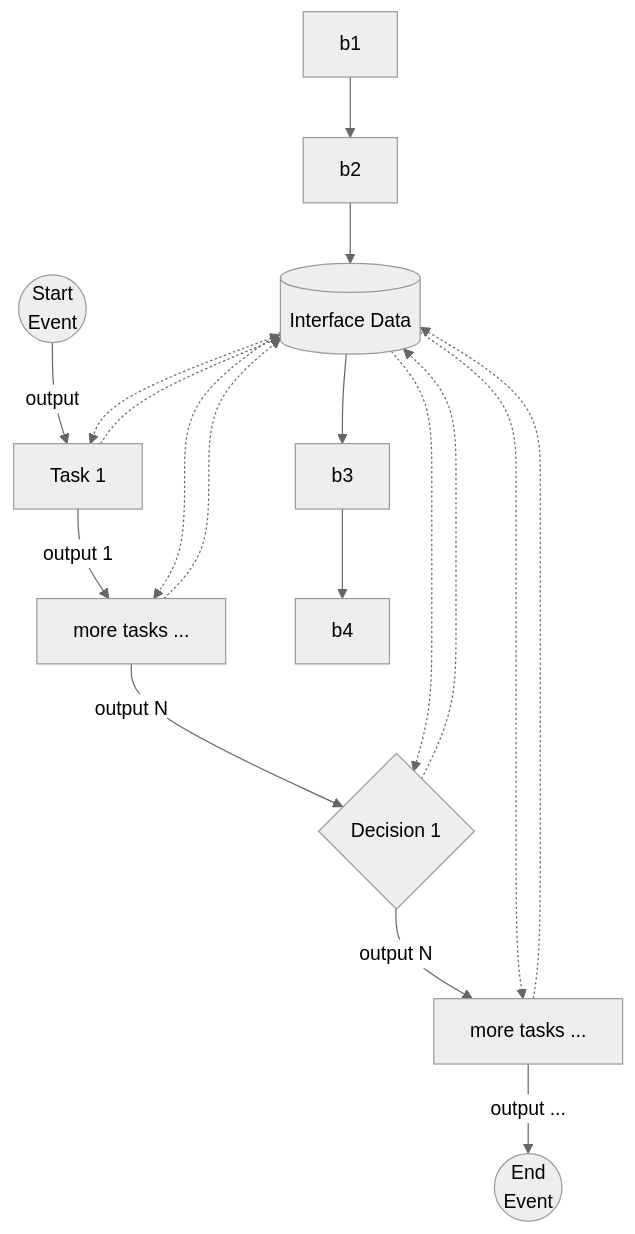
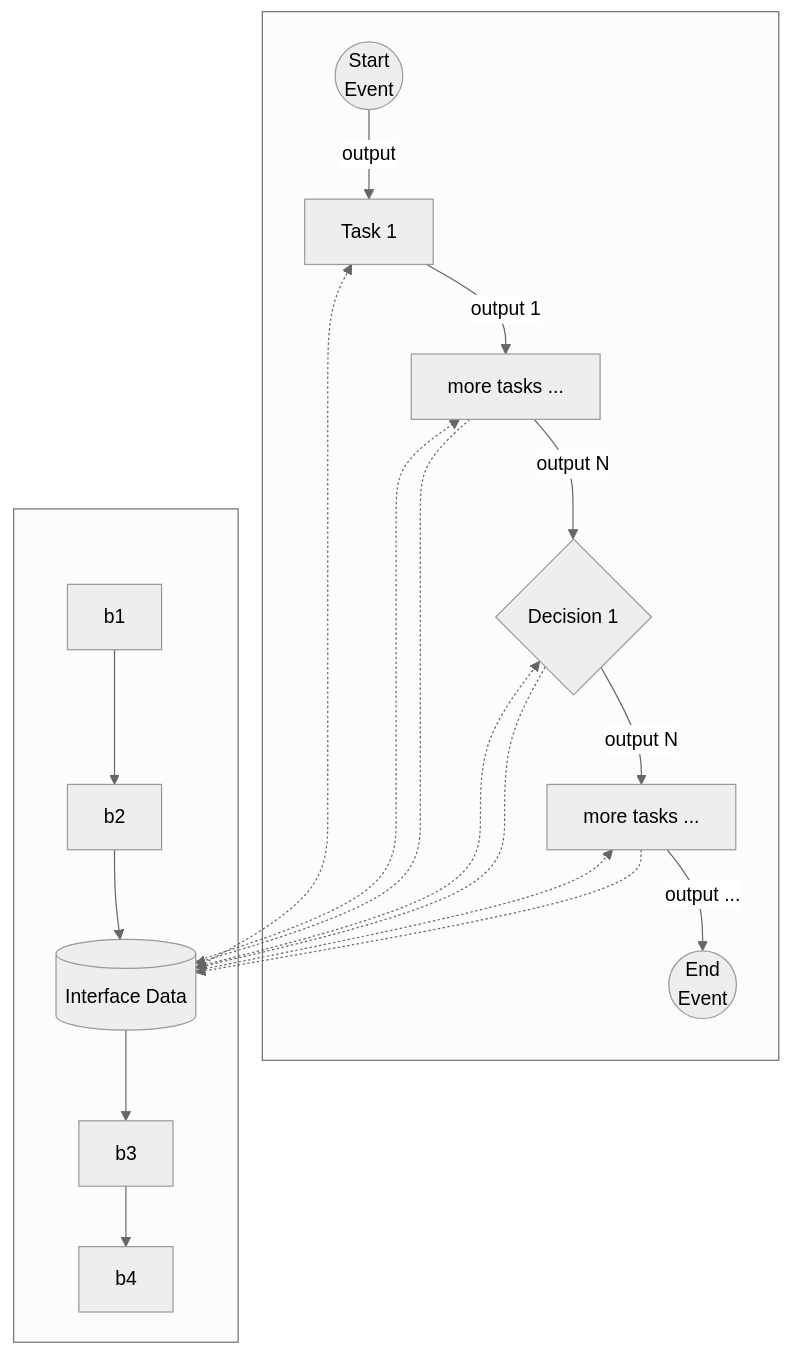
Before and after one commit to Paulo-Reis-Rosa/test-git-commands: the fifth of 6 diagrams in README.md, drawn with Mermaid (neutral theme).

Commit message:
Fix mermaid diagram formatting in README.md

````diff
--- a/README.md
+++ b/README.md
@@ -190,23 +190,26 @@
 ```mermaid
 graph TD
-		i1[(Interface Data)]
+	subgraph  ;
 		se((Start<br>Event))-->|output|t1[Task 1];
 		t1-->|output 1|t2[more tasks ...];
 		t2-->|output N|d1{Decision 1};
 		d1-->|output N|t3[more tasks ...];
 		t3-->|output ...|ed((End<br>Event));
+	end
 
+	subgraph  ;
+		i1[(Interface Data)]
 		b1 --> b2;
 		b2 --> i1;
 		i1 --> b3;
 		b3 --> b4;
+	end;
 
 		i1<-.->t1;
-		t1-.->i1;
 		i1-.->t2;
 		t2-.->i1;
 		i1-.->t3;
 		t3-.->i1;
 		i1-.->d1;
 		d1-.->i1;
 ```
````
